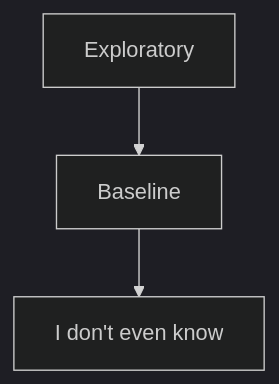
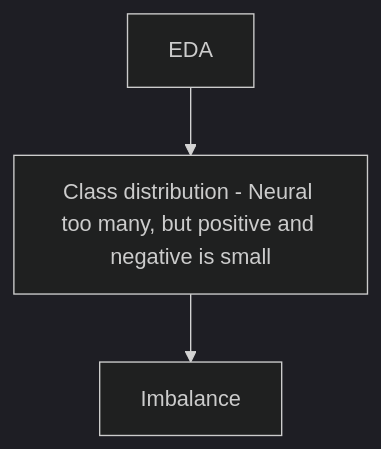
The diagram in decision.md (trungdung1711/sentiment-analysis-on-movie-reviews), drawn with Mermaid (dark theme) before and after one commit. The commit also changed 1 other file, not shown here.

Commit message:
feat: :poop: simple eda (bad code and not enough), get back later

````diff
--- a/decision.md
+++ b/decision.md
@@ -3,8 +3,8 @@
 ```mermaid
 graph TD
 
-A[Exploratory] --> B[Baseline]
+A[EDA] --> B[Class distribution - Neural too many, but positive and negative is small]
 
-B --> C[I don't even know]
+B --> C[Imbalance]
 
 ```
````
